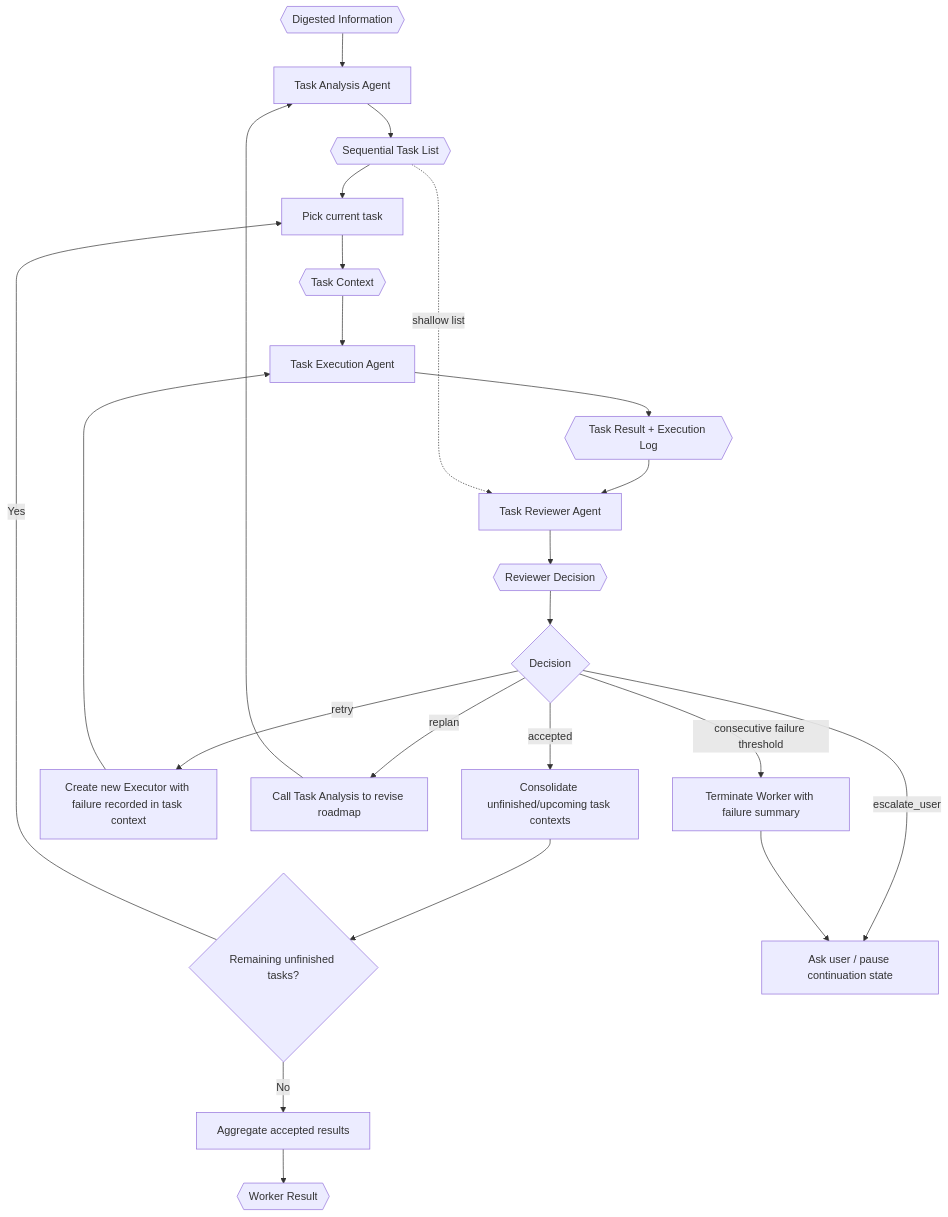
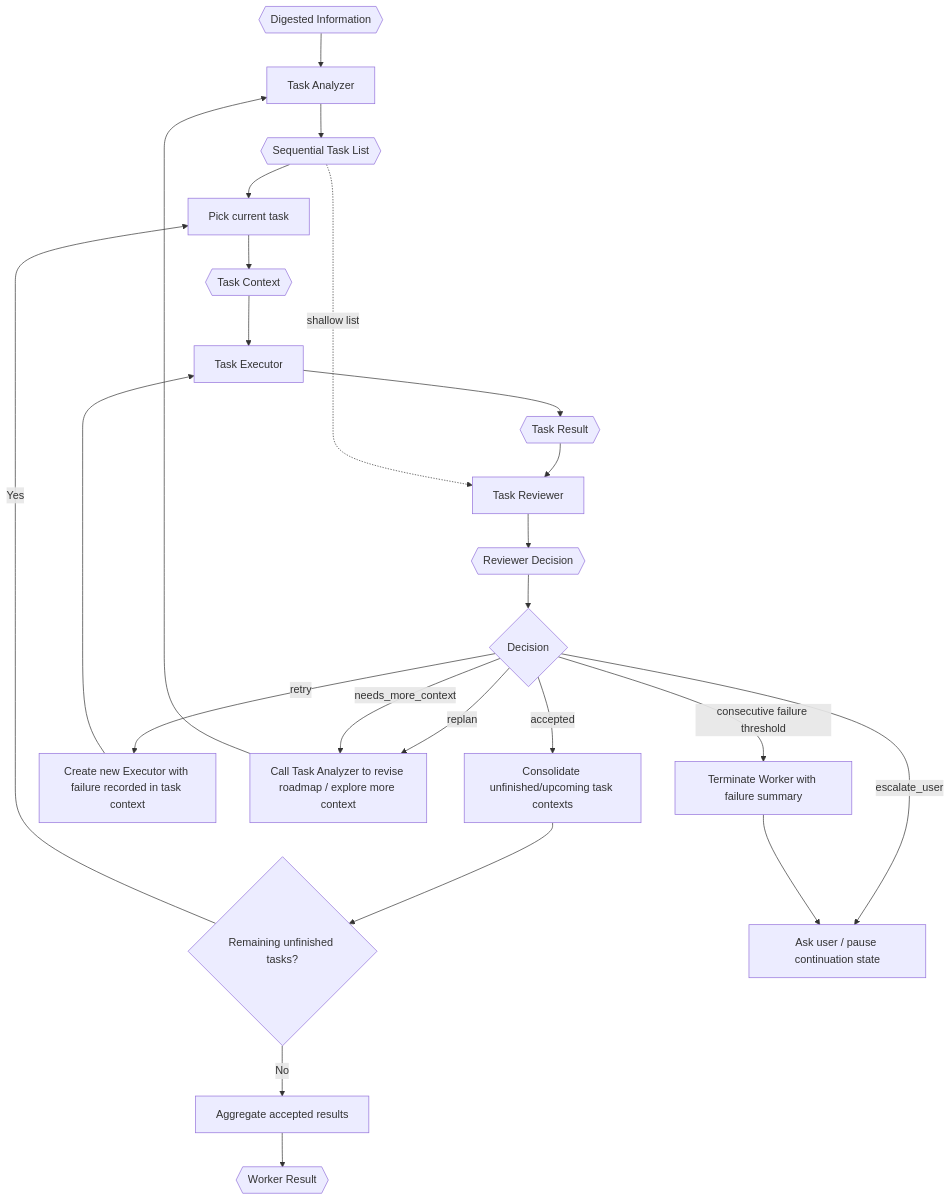
Before and after one commit to VJyzCELERY/TINYCUA: the diagram in src/tinycua/docs/architecture/worker-orchestration.md, drawn with Mermaid. The commit also changed other lines of this file and 16 other files, not shown here.

First line of the commit message:
docs(architecture): review-driven refinements to architecture documentation

````diff
--- a/src/tinycua/docs/architecture/worker-orchestration.md
+++ b/src/tinycua/docs/architecture/worker-orchestration.md
@@ -51,44 +51,45 @@
 ```mermaid
 flowchart TD
     DI{{"Digested Information"}}
-    TA["Task Analysis Agent"]
+    TA["Task Analyzer"]
     TL{{"Sequential Task List"}}
     PICK["Pick current task"]
     TC{{"Task Context"}}
-    TE["Task Execution Agent"]
-    TRS{{"Task Result + Execution Log"}}
-    RV["Task Reviewer Agent"]
+    TE["Task Executor"]
+    TRS{{"Task Result"}}
+    RV["Task Reviewer"]
     DEC{{"Reviewer Decision"}}
     NEXT{"Decision"}
     UPDATE["Consolidate unfinished/upcoming task contexts"]
     REMAIN{"Remaining unfinished tasks?"}
     RETRY["Create new Executor with failure recorded in task context"]
-    REPLAN["Call Task Analysis to revise roadmap"]
+    REPLAN["Call Task Analyzer to revise roadmap / explore more context"]
     ASK["Ask user / pause continuation state"]
     FAIL_TERM["Terminate Worker with failure summary"]
     AGG["Aggregate accepted results"]
     WR{{"Worker Result"}}
 
     DI --> TA
     TA --> TL
     TL --> PICK
     PICK --> TC
     TC --> TE
     TE --> TRS
     TRS --> RV
     TL -. "shallow list" .-> RV
     RV --> DEC
     DEC --> NEXT
     NEXT -->|accepted| UPDATE
     UPDATE --> REMAIN
     REMAIN -->|Yes| PICK
     REMAIN -->|No| AGG
     NEXT -->|retry| RETRY
     RETRY --> TE
     NEXT -->|replan| REPLAN
+    NEXT -->|needs_more_context| REPLAN
     REPLAN --> TA
     NEXT -->|escalate_user| ASK
     NEXT -->|consecutive failure threshold| FAIL_TERM
     FAIL_TERM --> ASK
     AGG --> WR
 ```
````
